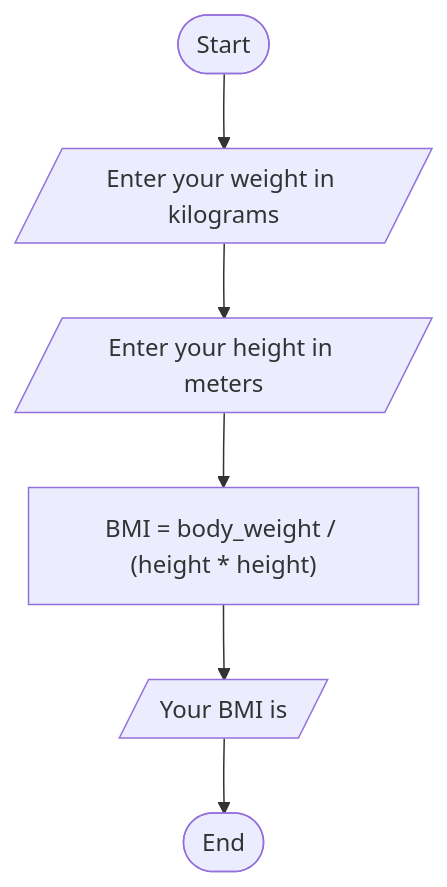
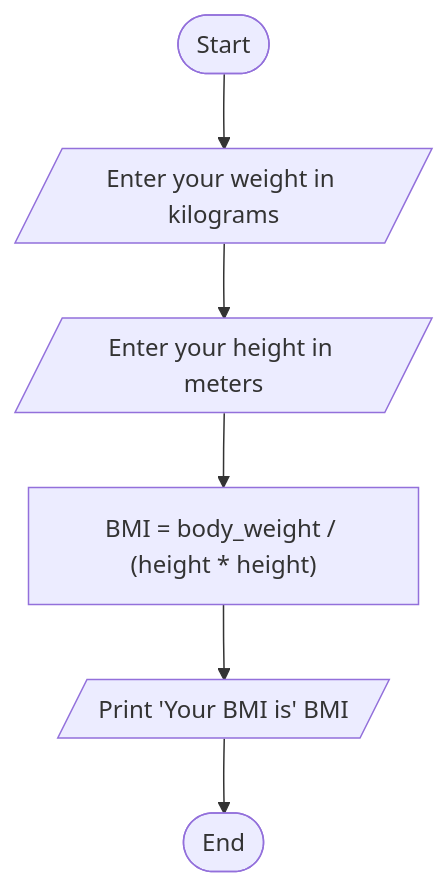
One commit to SWEG-2015EC-Batch/Felix changed the diagram in ETS1049_15_Natnael_Yonas/BMI_calculator.md. Above: the diagram before and after it, drawn with Mermaid.

````diff
--- a/ETS1049_15_Natnael_Yonas/BMI_calculator.md
+++ b/ETS1049_15_Natnael_Yonas/BMI_calculator.md
@@ -17,8 +17,8 @@
 ```mermaid
 flowchart TD;
 A([Start]) --> B[/Enter your weight in kilograms/];
 B --> C[/Enter your height in meters/];
 C --> D["BMI = body_weight / (height * height)"];
-D --> E[/Your BMI is/];
+D --> E[/Print 'Your BMI is' BMI/];
 E --> F([End]);
 ```
````
